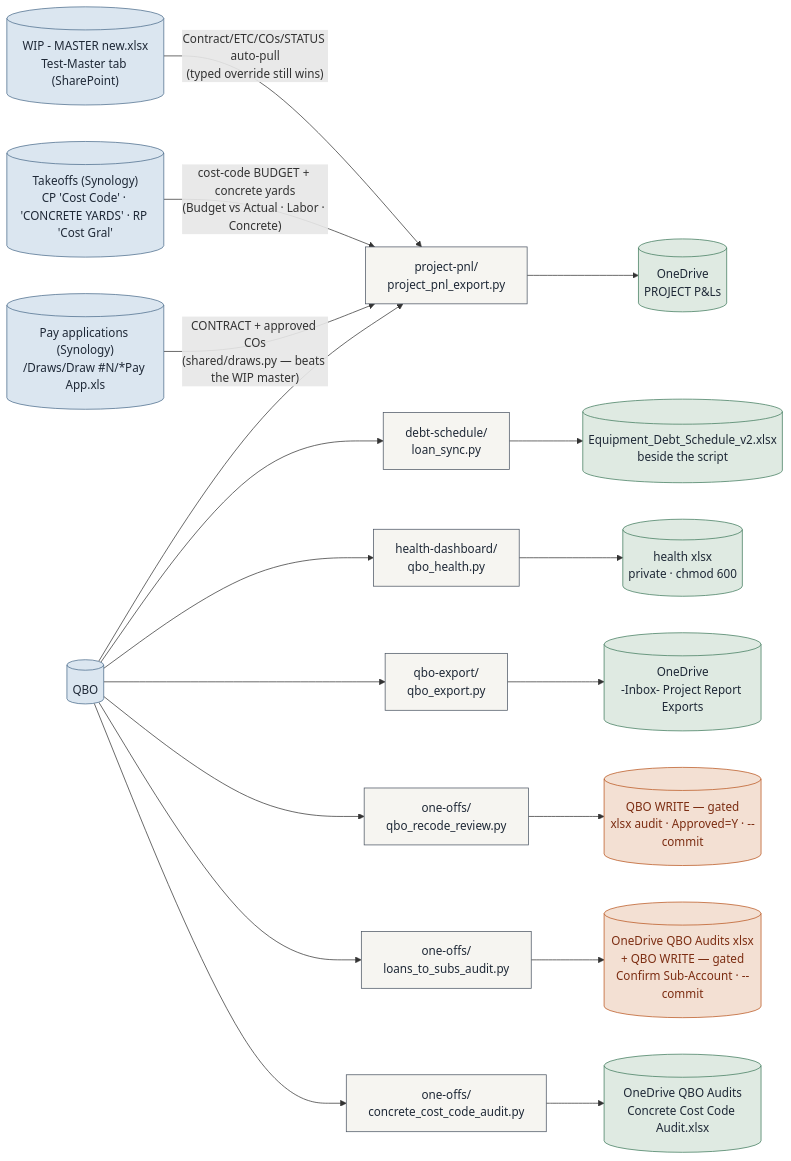
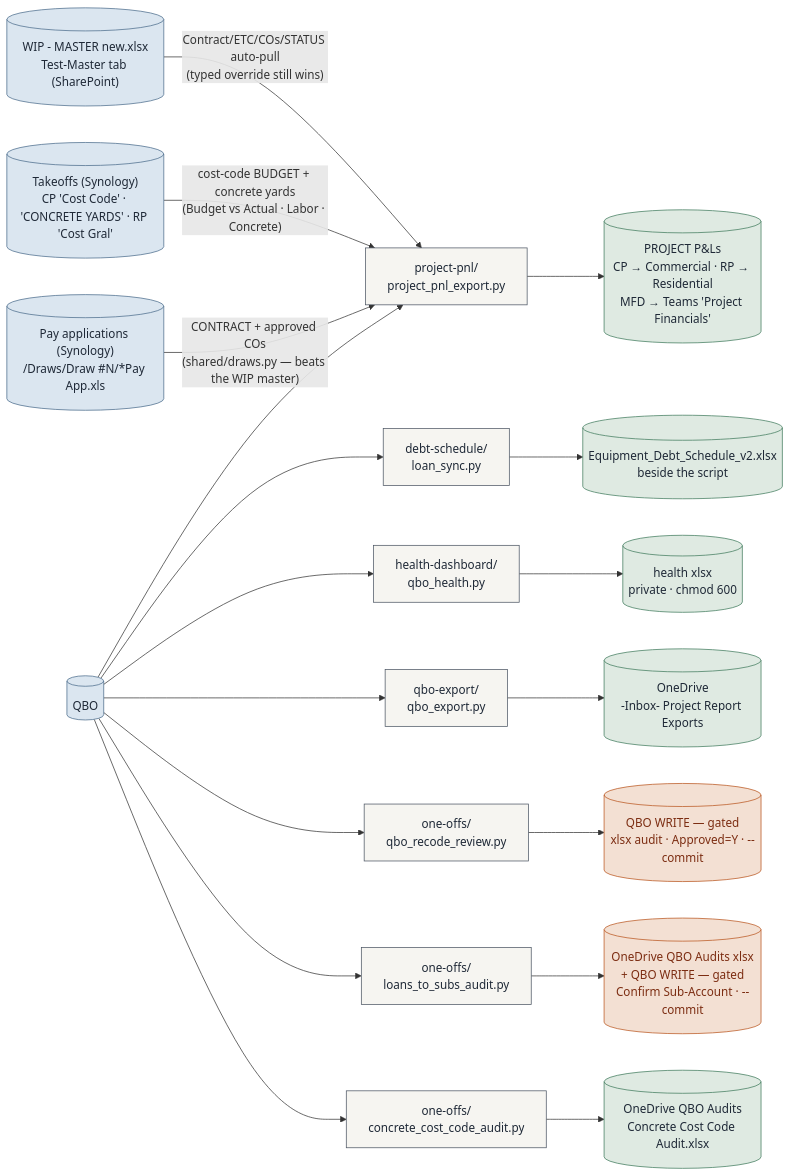
Before and after one commit to Ecarlo-Proficient/Claude-Report: the fifth of 6 diagrams in docs/ARCHITECTURE.md, drawn with Mermaid. The commit also changed other lines of this file and 5 other files, not shown here.

First line of the commit message:
project-pnl: one job one P&L - retire Job Result, Closeout, rollup; route MFD to Teams

````diff
--- a/docs/ARCHITECTURE.md
+++ b/docs/ARCHITECTURE.md
@@ -732,38 +732,38 @@
 ```mermaid
 flowchart LR
     classDef src fill:#dbe6f0,stroke:#4A6B8A,color:#1f2937
     classDef tool fill:#f6f5f1,stroke:#4b5563,color:#1f2937
     classDef out fill:#dfeae2,stroke:#3E7A5C,color:#1f2937
     classDef gate fill:#f3e0d3,stroke:#B9541E,color:#7c2d12
 
     QBO[("QBO")]:::src
     WIPM[("WIP - MASTER new.xlsx\nTest-Master tab (SharePoint)")]:::src
     TKO[("Takeoffs (Synology)\nCP 'Cost Code' · 'CONCRETE YARDS' · RP 'Cost Gral'")]:::src
     G702[("Pay applications (Synology)\n<CP job>/Draws/Draw #N/*Pay App.xls")]:::src
     PNL["project-pnl/\nproject_pnl_export.py"]:::tool
     LOAN["debt-schedule/\nloan_sync.py"]:::tool
     HEALTH["health-dashboard/\nqbo_health.py"]:::tool
     EXP["qbo-export/\nqbo_export.py"]:::tool
     RECODE["one-offs/\nqbo_recode_review.py"]:::tool
     LOANS["one-offs/\nloans_to_subs_audit.py"]:::tool
     CCAUD["one-offs/\nconcrete_cost_code_audit.py"]:::tool
 
-    P1[("OneDrive\nPROJECT P&Ls")]:::out
+    P1[("PROJECT P&Ls\nCP → Commercial · RP → Residential\nMFD → Teams 'Project Financials'")]:::out
     P2[("Equipment_Debt_Schedule_v2.xlsx\nbeside the script")]:::out
     P3[("health xlsx\nprivate · chmod 600")]:::out
     P4[("OneDrive\n-Inbox- Project Report Exports")]:::out
     P5[("QBO WRITE — gated\nxlsx audit · Approved=Y · --commit")]:::gate
     P7[("OneDrive QBO Audits xlsx\n+ QBO WRITE — gated\nConfirm Sub-Account · --commit")]:::gate
     P8[("OneDrive QBO Audits\nConcrete Cost Code Audit.xlsx")]:::out
 
     QBO --> PNL --> P1
     WIPM -->|"Contract/ETC/COs/STATUS auto-pull\n(typed override still wins)"| PNL
     TKO -->|"cost-code BUDGET + concrete yards\n(Budget vs Actual · Labor · Concrete)"| PNL
     G702 -->|"CONTRACT + approved COs\n(shared/draws.py — beats the WIP master)"| PNL
     QBO --> LOAN --> P2
     QBO --> HEALTH --> P3
     QBO --> EXP --> P4
     QBO --> RECODE --> P5
     QBO --> LOANS --> P7
     QBO --> CCAUD --> P8
 ```
````
